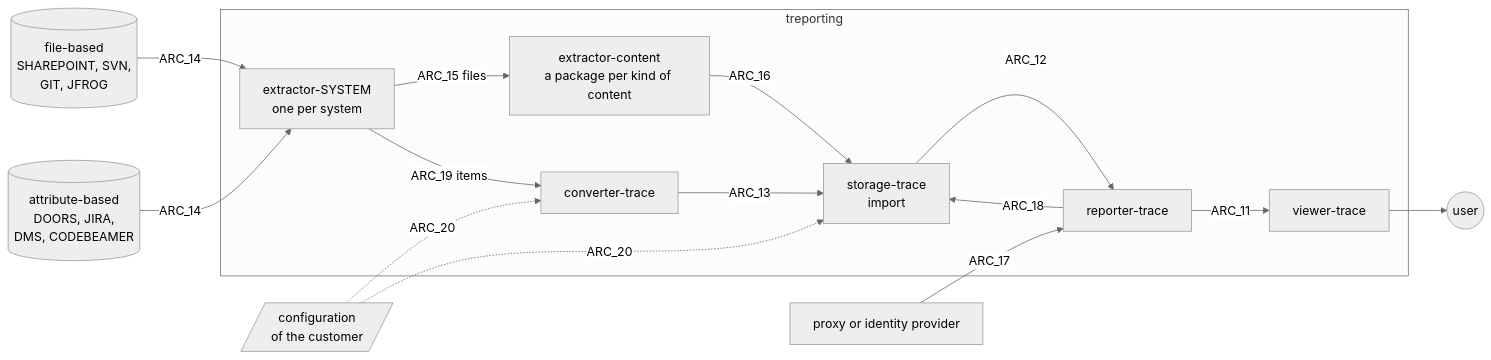
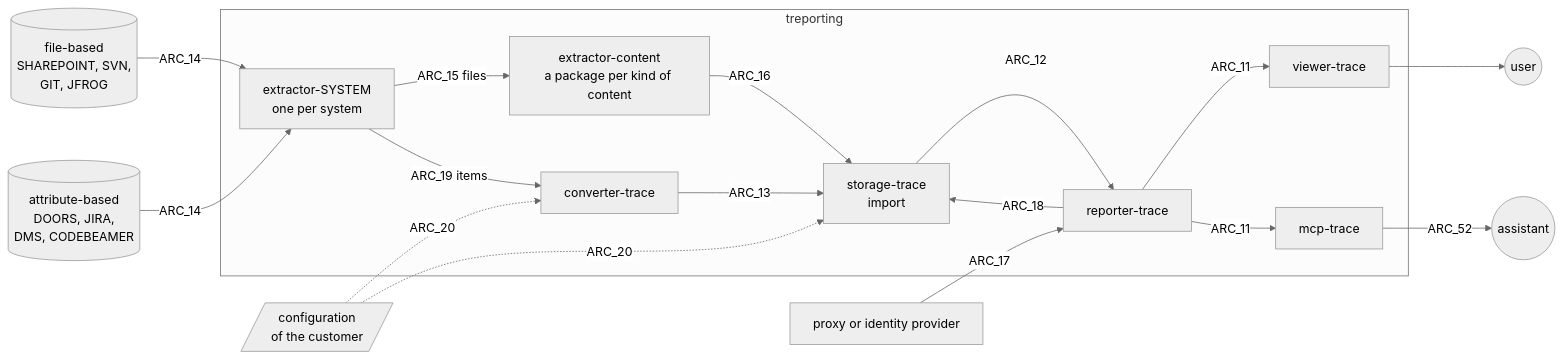
The diagram in architecture/system-architecture.md (treporting/specs-and-deploy-product), drawn with Mermaid (neutral theme) before and after one commit. The commit also changed other lines of this file and 2 other files, not shown here.

First line of the commit message:
system-architecture.md 15.1.1: the MCP server

````diff
--- a/architecture/system-architecture.md
+++ b/architecture/system-architecture.md
@@ -8,31 +8,35 @@
 ```mermaid
 flowchart LR
   files[(file-based<br>SHAREPOINT, SVN,<br>GIT, JFROG)]
   attrs[(attribute-based<br>DOORS, JIRA,<br>DMS, CODEBEAMER)]
   conf[/configuration<br>of the customer/]
   idp[proxy or identity provider]
   user((user))
+  assistant((assistant))
 
   subgraph treporting
     exsys[extractor-SYSTEM<br>one per system]
     excon[extractor-content<br>a package per kind of content]
     conv[converter-trace]
     stor[storage-trace<br>import]
     rep[reporter-trace]
     view[viewer-trace]
+    mcp[mcp-trace]
   end
 
   files -- ARC_14 --> exsys
   attrs -- ARC_14 --> exsys
   exsys -- ARC_15 files --> excon
   exsys -- ARC_19 items --> conv
   conf -. ARC_20 .-> conv
   conf -. ARC_20 .-> stor
   excon -- ARC_16 --> stor
   conv -- ARC_13 --> stor
   stor -- ARC_12 --> rep
   rep -- ARC_11 --> view
   view --> user
+  rep -- ARC_11 --> mcp
+  mcp -- ARC_52 --> assistant
   idp -- ARC_17 --> rep
   rep -- ARC_18 --> stor
 ```
````
